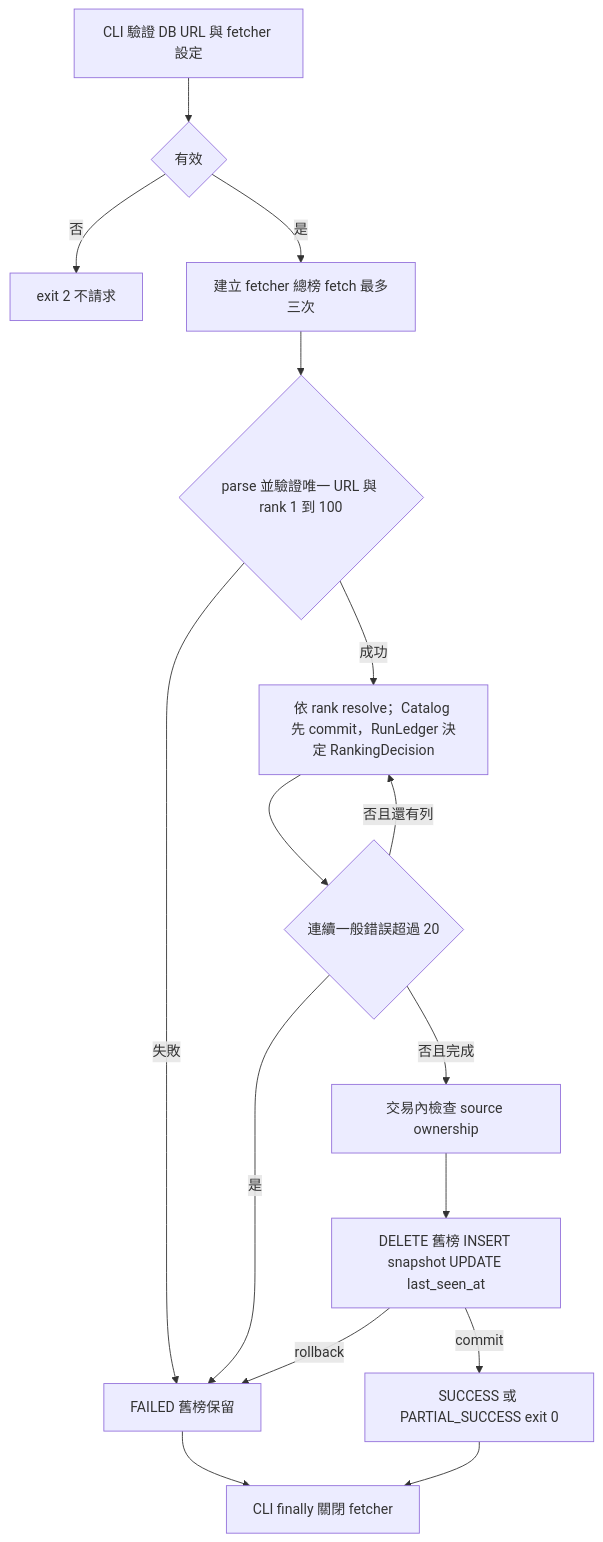
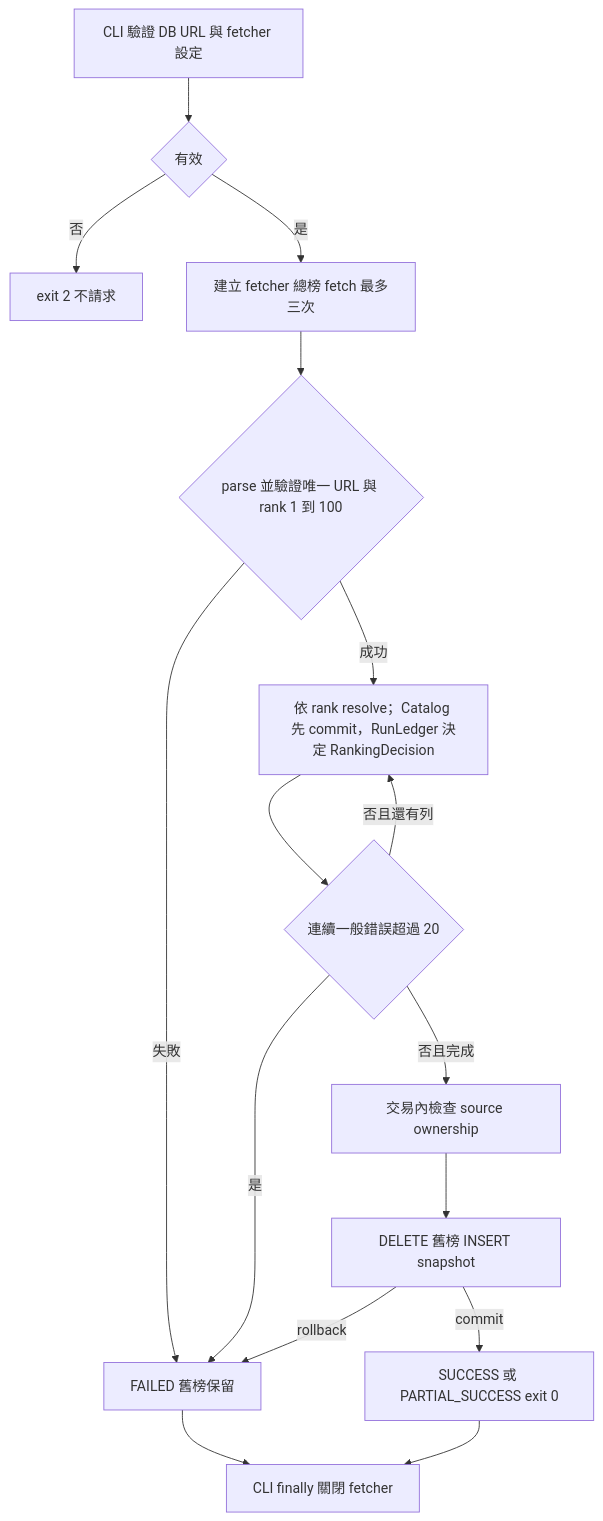
The first of 4 diagrams in crawler/docs/workflow-diagram.md (Arthur801/Book-Finder), drawn with Mermaid before and after one commit. The commit also changed other lines of this file and 7 other files, not shown here.

````diff
--- a/crawler/docs/workflow-diagram.md
+++ b/crawler/docs/workflow-diagram.md
@@ -21,18 +21,18 @@
 ```mermaid
 flowchart TD
  A[CLI 驗證 DB URL 與 fetcher 設定] --> B{有效}
  B -->|否| Z[exit 2 不請求]
  B -->|是| C[建立 fetcher 總榜 fetch 最多三次]
  C --> D{parse 並驗證唯一 URL 與 rank 1 到 100}
  D -->|失敗| F[FAILED 舊榜保留]
  D -->|成功| E[依 rank resolve；Catalog 先 commit，RunLedger 決定 RankingDecision]
  E --> G{連續一般錯誤超過 20}
  G -->|是| F
  G -->|否且還有列| E
  G -->|否且完成| H[交易內檢查 source ownership]
- H --> I[DELETE 舊榜 INSERT snapshot UPDATE last_seen_at]
+ H --> I[DELETE 舊榜 INSERT snapshot]
  I -->|rollback| F
  I -->|commit| J[SUCCESS 或 PARTIAL_SUCCESS exit 0]
  F --> K[CLI finally 關閉 fetcher]
  J --> K
 ```
````
